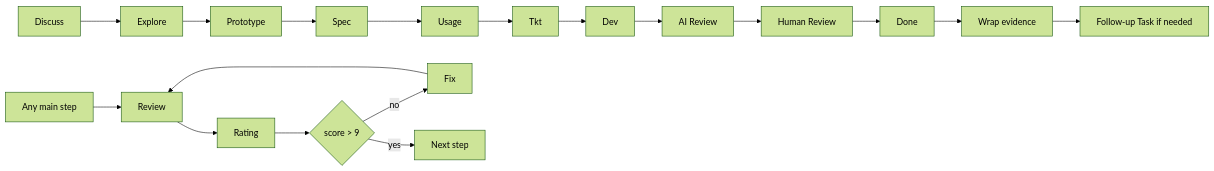
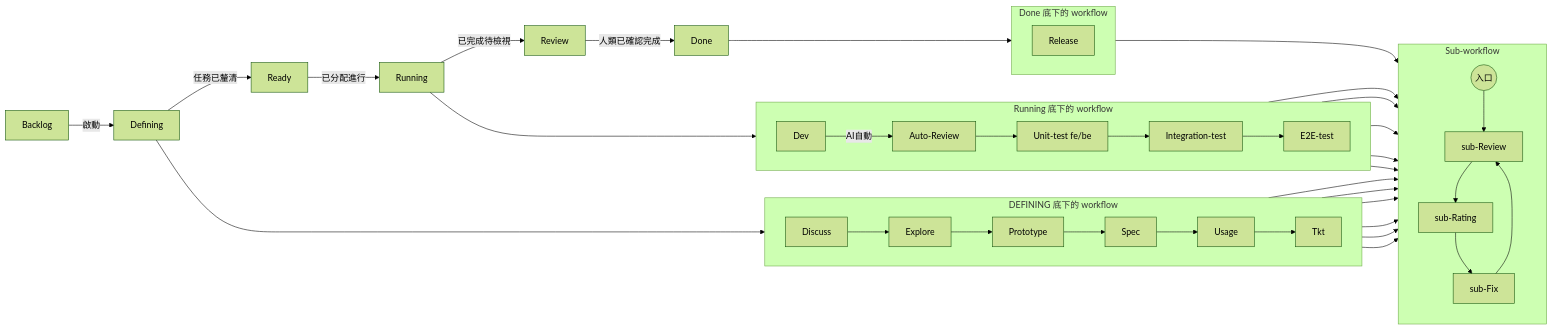
One commit to samzhu/grimoAPP changed the fifth of 14 diagrams in docs/grimo/PRD.md. Above: the diagram before and after it, drawn with Mermaid (forest theme). The commit also changed other lines of this file and 26 other files, not shown here.

````diff
--- a/docs/grimo/PRD.md
+++ b/docs/grimo/PRD.md
@@ -142,21 +141,51 @@
 ```mermaid
 flowchart LR
-  Discuss["Discuss"] --> Explore["Explore"]
-  Explore --> Prototype["Prototype"]
-  Prototype --> Spec["Spec"]
-  Spec --> Usage["Usage"]
-  Usage --> Tkt["Tkt"]
-  Tkt --> Dev["Dev"]
-  Dev --> AIReview["AI Review"]
-  AIReview --> HumanReview["Human Review"]
-  HumanReview --> Done["Done"]
-  Done --> WrapEvidence["Wrap evidence"]
-  WrapEvidence --> Followup["Follow-up Task if needed"]
+  Backlog -->|啟動| Defining
+  Defining -->|任務已釐清| Ready
+  Ready -->|已分配進行| Running
+  Running -->|已完成待檢視| Review
+  Review -->|人類已確認完成| Done
 
-  Step["Any main step"] --> QReview["Review"]
-  QReview --> Rating["Rating"]
-  Rating --> Gate{"score > 9"}
-  Gate -- "no" --> Fix["Fix"]
-  Fix --> QReview
-  Gate -- "yes" --> Next["Next step"]
+  Defining --> DEFINING_WORKFLOW
+  Running --> RUNNING_WORKFLOW
+  Done --> DONE_WORKFLOW
+
+  subgraph DEFINING_WORKFLOW["DEFINING 底下的 workflow"]
+    direction LR
+    Discuss --> Explore --> Prototype --> Spec --> Usage --> Tkt
+  end
+
+  subgraph RUNNING_WORKFLOW["Running 底下的 workflow"]
+    direction LR
+    Dev -->|AI自動| AutoReview["Auto-Review"]
+    AutoReview --> UnitTest["Unit-test fe/be"]
+    UnitTest --> IntegrationTest["Integration-test"]
+    IntegrationTest --> E2ETest["E2E-test"]
+  end
+
+  subgraph DONE_WORKFLOW["Done 底下的 workflow"]
+    direction LR
+    Release
+  end
+
+  subgraph SUB_WORKFLOW["Sub-workflow"]
+    direction TB
+    SW_IN((入口))
+    subReview["sub-Review"] --> subRating["sub-Rating"] --> subFix["sub-Fix"] --> subReview
+    SW_IN --> subReview
+  end
+
+  Release --> SW_IN
+
+  Discuss --> SW_IN
+  Explore --> SW_IN
+  Prototype --> SW_IN
+  Spec --> SW_IN
+  Usage --> SW_IN
+  Tkt --> SW_IN
+  Dev --> SW_IN
+  AutoReview --> SW_IN
+  UnitTest --> SW_IN
+  IntegrationTest --> SW_IN
+  E2ETest --> SW_IN
 ```
````
